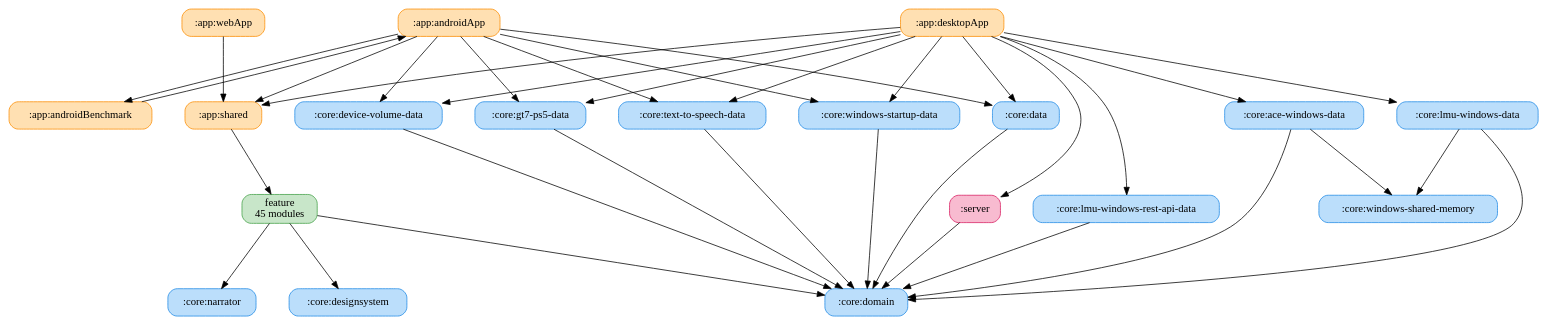
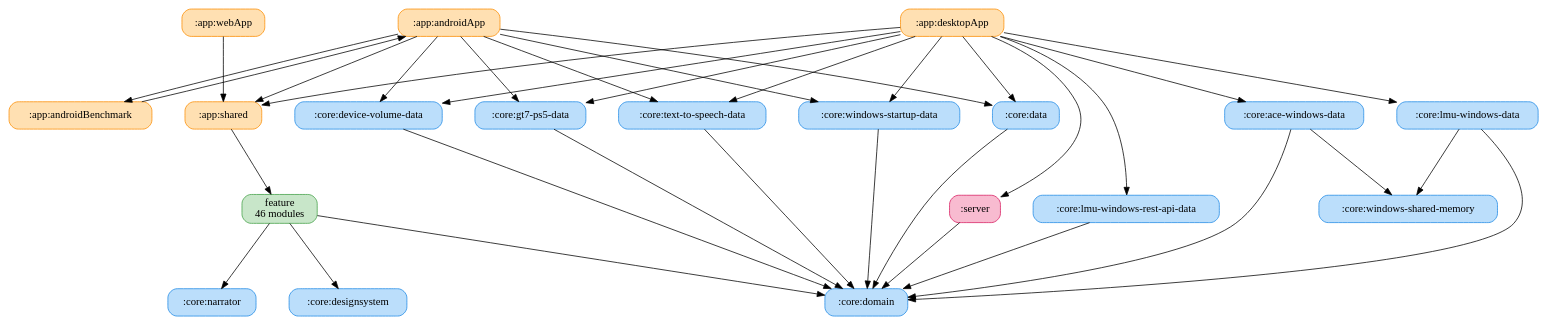
The diagram in docs/graphs/full-graph.gv (ai-kurou/KoDriver), drawn with Graphviz before and after one commit. The commit also changed 146 other files, not shown here.

```diff
--- a/docs/graphs/full-graph.gv
+++ b/docs/graphs/full-graph.gv
@@ -1,58 +1,58 @@
 digraph G {
   rankdir=TB
   graph [ranksep=1.2, nodesep=0.6]
   node [shape=box, style="rounded,filled"]
   ":app:androidApp" [label=":app:androidApp", fillcolor="#FFE0B2", color="#FB8C00"]
   ":app:androidBenchmark" [label=":app:androidBenchmark", fillcolor="#FFE0B2", color="#FB8C00"]
   ":app:desktopApp" [label=":app:desktopApp", fillcolor="#FFE0B2", color="#FB8C00"]
   ":app:shared" [label=":app:shared", fillcolor="#FFE0B2", color="#FB8C00"]
   ":app:webApp" [label=":app:webApp", fillcolor="#FFE0B2", color="#FB8C00"]
   ":core:ace-windows-data" [label=":core:ace-windows-data", fillcolor="#BBDEFB", color="#1E88E5"]
   ":core:data" [label=":core:data", fillcolor="#BBDEFB", color="#1E88E5"]
   ":core:designsystem" [label=":core:designsystem", fillcolor="#BBDEFB", color="#1E88E5"]
   ":core:device-volume-data" [label=":core:device-volume-data", fillcolor="#BBDEFB", color="#1E88E5"]
   ":core:domain" [label=":core:domain", fillcolor="#BBDEFB", color="#1E88E5"]
   ":core:gt7-ps5-data" [label=":core:gt7-ps5-data", fillcolor="#BBDEFB", color="#1E88E5"]
   ":core:lmu-windows-data" [label=":core:lmu-windows-data", fillcolor="#BBDEFB", color="#1E88E5"]
   ":core:lmu-windows-rest-api-data" [label=":core:lmu-windows-rest-api-data", fillcolor="#BBDEFB", color="#1E88E5"]
   ":core:narrator" [label=":core:narrator", fillcolor="#BBDEFB", color="#1E88E5"]
   ":core:text-to-speech-data" [label=":core:text-to-speech-data", fillcolor="#BBDEFB", color="#1E88E5"]
   ":core:windows-shared-memory" [label=":core:windows-shared-memory", fillcolor="#BBDEFB", color="#1E88E5"]
   ":core:windows-startup-data" [label=":core:windows-startup-data", fillcolor="#BBDEFB", color="#1E88E5"]
   ":server" [label=":server", fillcolor="#F8BBD0", color="#D81B60"]
-  "feature" [label="feature\n45 modules", fillcolor="#C8E6C9", color="#43A047"]
+  "feature" [label="feature\n46 modules", fillcolor="#C8E6C9", color="#43A047"]
   ":app:androidApp" -> ":app:androidBenchmark"
   ":app:androidApp" -> ":app:shared"
   ":app:androidApp" -> ":core:data"
   ":app:androidApp" -> ":core:device-volume-data"
   ":app:androidApp" -> ":core:gt7-ps5-data"
   ":app:androidApp" -> ":core:text-to-speech-data"
   ":app:androidApp" -> ":core:windows-startup-data"
   ":app:androidBenchmark" -> ":app:androidApp"
   ":app:desktopApp" -> ":app:shared"
   ":app:desktopApp" -> ":core:ace-windows-data"
   ":app:desktopApp" -> ":core:data"
   ":app:desktopApp" -> ":core:device-volume-data"
   ":app:desktopApp" -> ":core:gt7-ps5-data"
   ":app:desktopApp" -> ":core:lmu-windows-data"
   ":app:desktopApp" -> ":core:lmu-windows-rest-api-data"
   ":app:desktopApp" -> ":core:text-to-speech-data"
   ":app:desktopApp" -> ":core:windows-startup-data"
   ":app:desktopApp" -> ":server"
   ":app:shared" -> "feature"
   ":app:webApp" -> ":app:shared"
   ":core:ace-windows-data" -> ":core:domain"
   ":core:ace-windows-data" -> ":core:windows-shared-memory"
   ":core:data" -> ":core:domain"
   ":core:device-volume-data" -> ":core:domain"
   ":core:gt7-ps5-data" -> ":core:domain"
   ":core:lmu-windows-data" -> ":core:domain"
   ":core:lmu-windows-data" -> ":core:windows-shared-memory"
   ":core:lmu-windows-rest-api-data" -> ":core:domain"
   ":core:text-to-speech-data" -> ":core:domain"
   ":core:windows-startup-data" -> ":core:domain"
   ":server" -> ":core:domain"
   "feature" -> ":core:designsystem"
   "feature" -> ":core:domain"
   "feature" -> ":core:narrator"
 }
```
